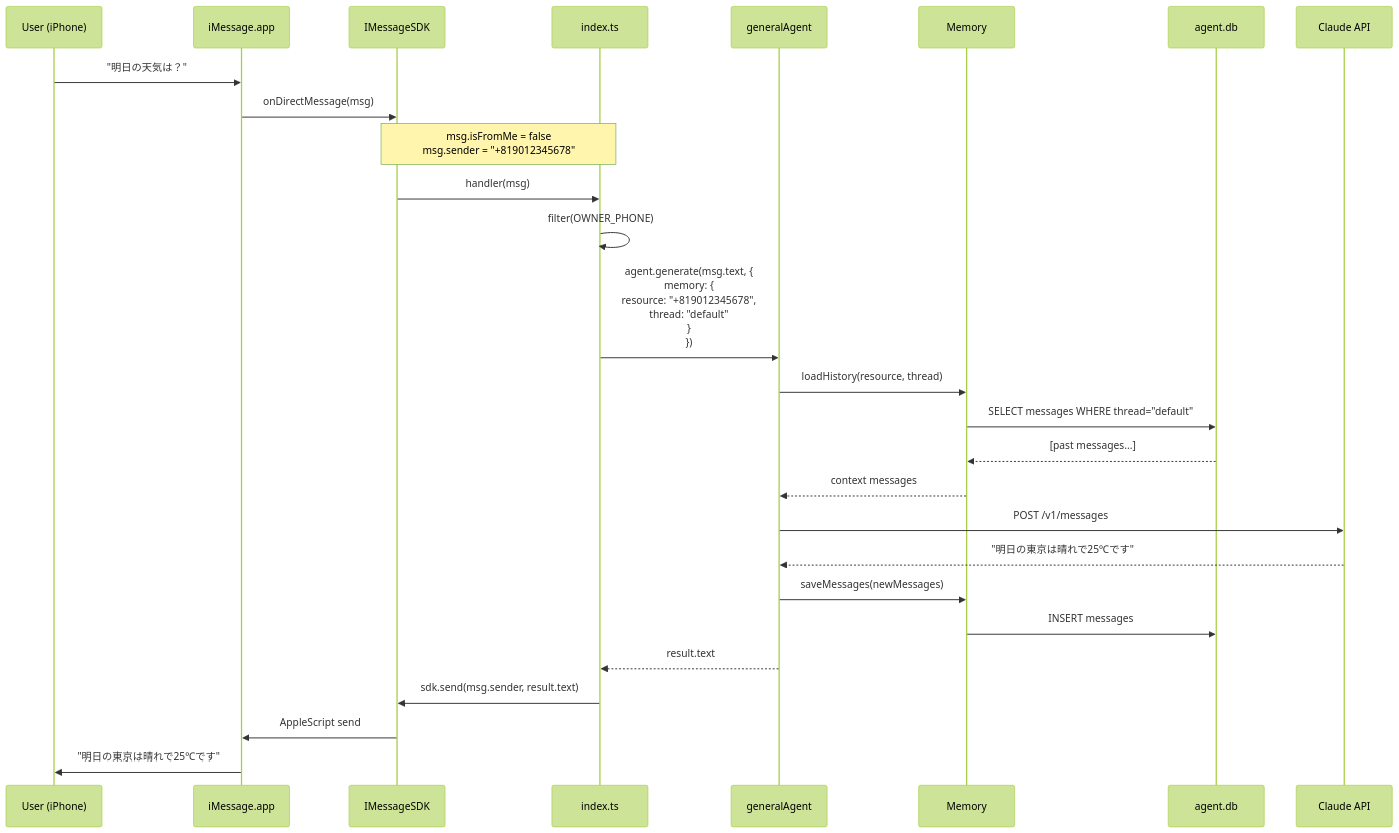
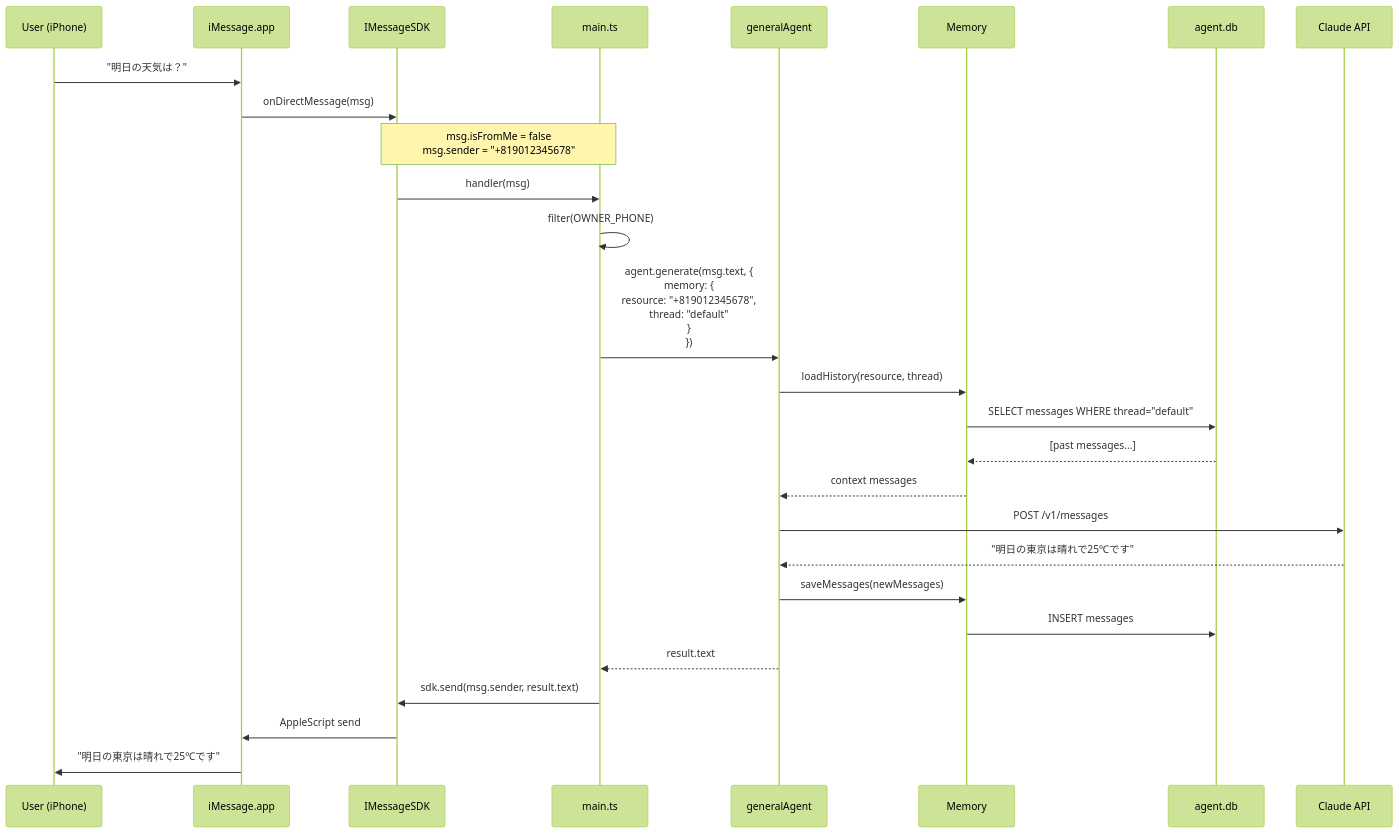
The second of 4 diagrams in docs/DESIGN.md (posaune0423/mastra-imessage-agent), drawn with Mermaid (forest theme) before and after one commit. The commit also changed other lines of this file and 46 other files, not shown here.

First line of the commit message:
refactor: simplify architecture to minimal P0 structure

````diff
--- a/docs/DESIGN.md
+++ b/docs/DESIGN.md
@@ -82,36 +74,36 @@
 ```mermaid
 sequenceDiagram
     participant User as User (iPhone)
     participant iMsg as iMessage.app
     participant SDK as IMessageSDK
-    participant Main as index.ts
+    participant Main as main.ts
     participant Agent as generalAgent
     participant Mem as Memory
     participant DB as agent.db
     participant LLM as Claude API
 
     User->>iMsg: "明日の天気は？"
     iMsg->>SDK: onDirectMessage(msg)
     Note over SDK,Main: msg.isFromMe = false<br/>msg.sender = "+819012345678"
 
     SDK->>Main: handler(msg)
     Main->>Main: filter(OWNER_PHONE)
 
     Main->>Agent: agent.generate(msg.text, {<br/>  memory: {<br/>    resource: "+819012345678",<br/>    thread: "default"<br/>  }<br/>})
 
     Agent->>Mem: loadHistory(resource, thread)
     Mem->>DB: SELECT messages WHERE thread="default"
     DB-->>Mem: [past messages...]
     Mem-->>Agent: context messages
 
     Agent->>LLM: POST /v1/messages
     LLM-->>Agent: "明日の東京は晴れで25℃です"
 
     Agent->>Mem: saveMessages(newMessages)
     Mem->>DB: INSERT messages
     Agent-->>Main: result.text
 
     Main->>SDK: sdk.send(msg.sender, result.text)
     SDK->>iMsg: AppleScript send
     iMsg->>User: "明日の東京は晴れで25℃です"
 ```
````
